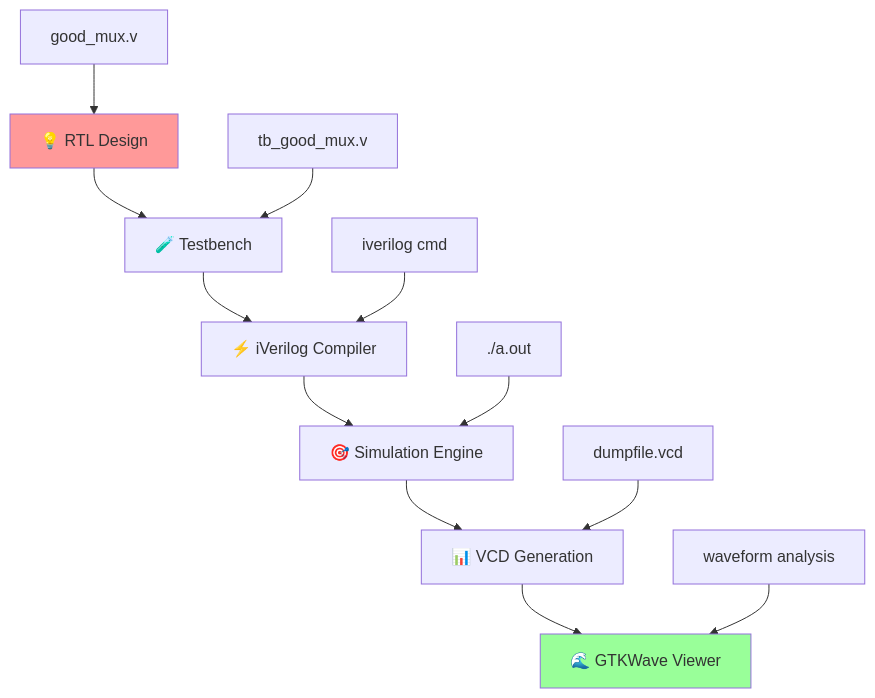
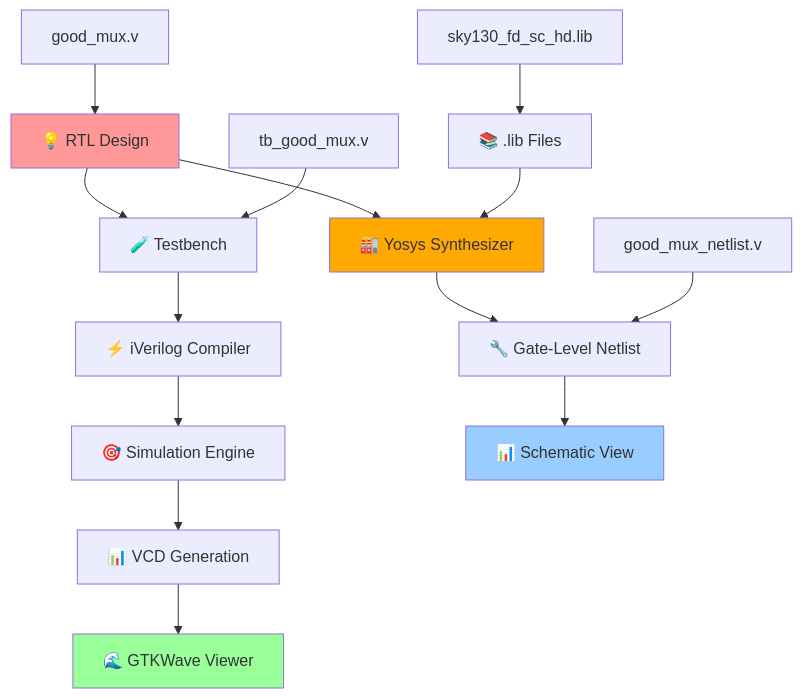
The diagram in README.md (Bejish/VSD_Tapeout_Week_1), drawn with Mermaid before and after one commit. The commit also changed other lines of this file, not shown here.

````diff
--- a/README.md
+++ b/README.md
@@ -41,18 +38,23 @@
 ```mermaid
 graph TD
     A[💡 RTL Design] --> B[🧪 Testbench]
     B --> C[⚡ iVerilog Compiler]
     C --> D[🎯 Simulation Engine]
     D --> E[📊 VCD Generation]
     E --> F[🌊 GTKWave Viewer]
     
+    A --> G[🏭 Yosys Synthesizer]
+    H[📚 .lib Files] --> G
+    G --> I[🔧 Gate-Level Netlist]
+    I --> J[📊 Schematic View]
+    
     A1[good_mux.v] --> A
     B1[tb_good_mux.v] --> B
-    C1[iverilog cmd] --> C
-    D1[./a.out] --> D
-    E1[dumpfile.vcd] --> E
-    F1[waveform analysis] --> F
+    H1[sky130_fd_sc_hd.lib] --> H
+    I1[good_mux_netlist.v] --> I
     
     style A fill:#ff9999
     style F fill:#99ff99
+    style G fill:#ffaa00
+    style J fill:#99ccff
 ```
````
